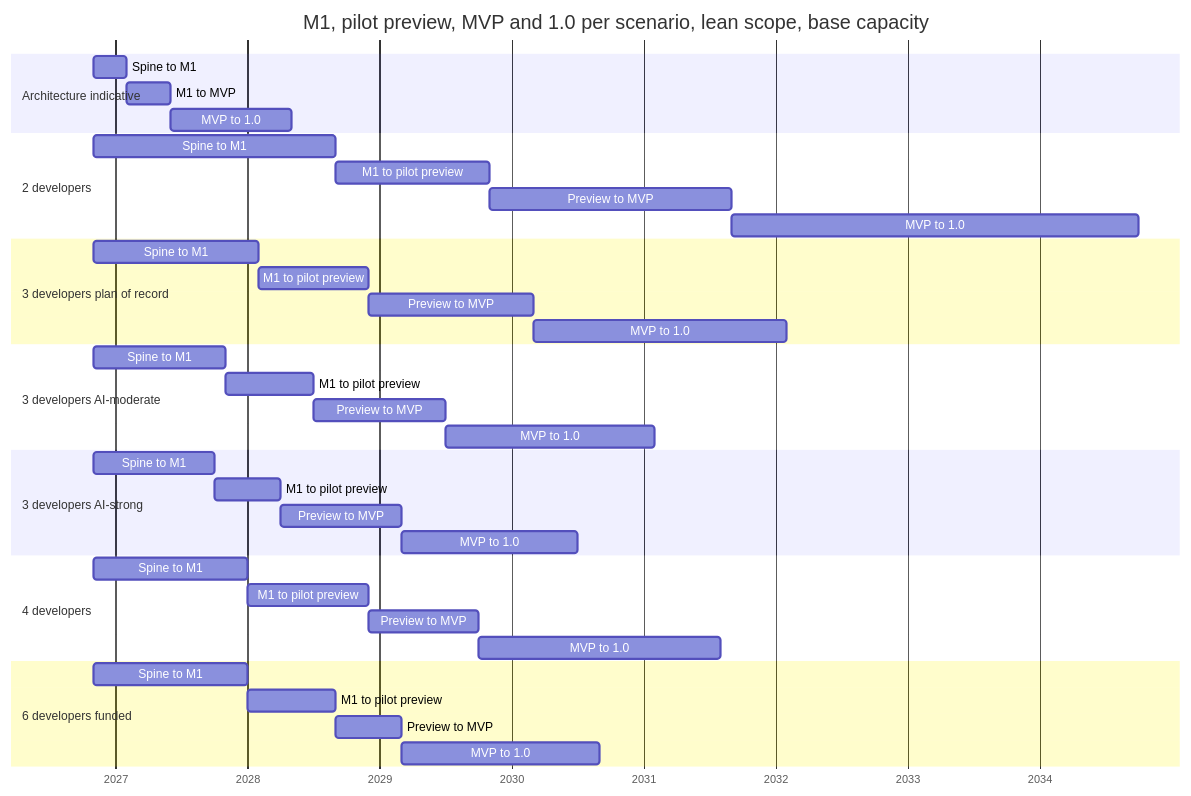
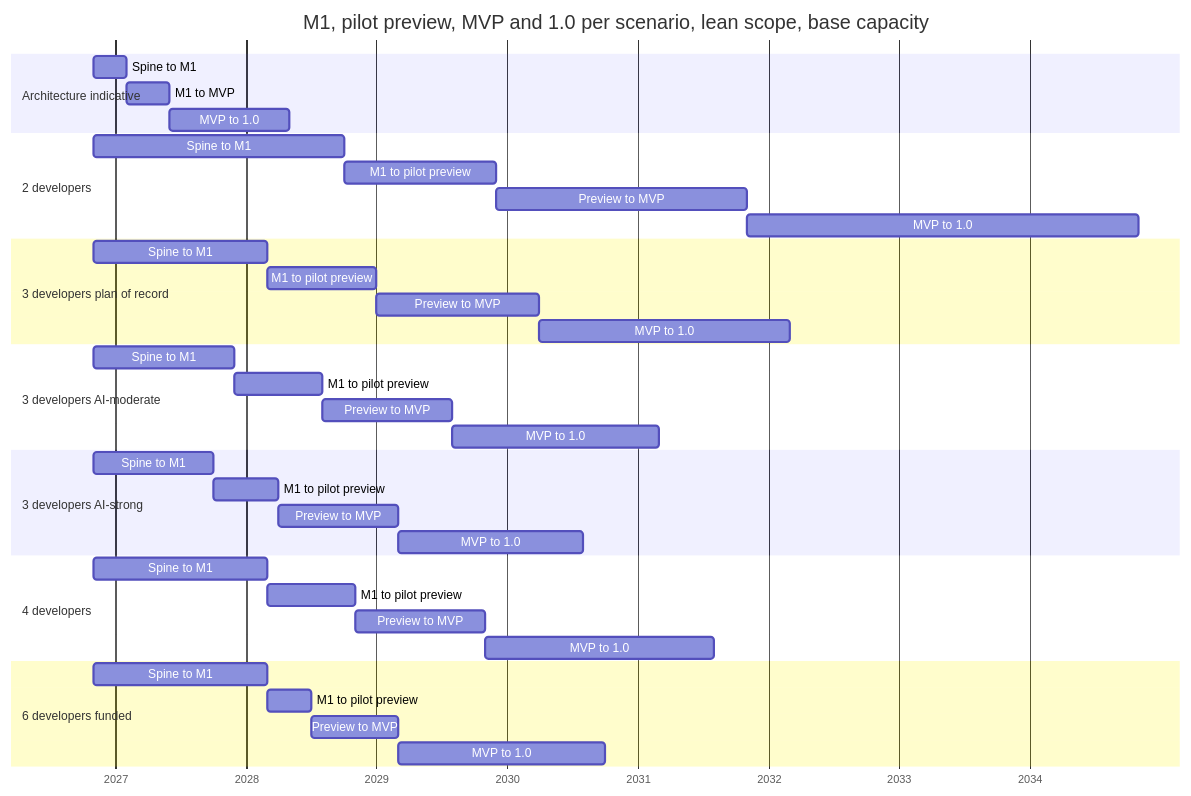
Before and after one commit to Ironkode787/ElektraWatt: the first of 3 diagrams in docs/plan/01-global-plan.md, drawn with Mermaid. The commit also changed other lines of this file and 26 other files, not shown here.

````diff
--- a/docs/plan/01-global-plan.md
+++ b/docs/plan/01-global-plan.md
@@ -326,40 +326,40 @@
 ```mermaid
 gantt
   title M1, pilot preview, MVP and 1.0 per scenario, lean scope, base capacity
   dateFormat YYYY-MM-DD
   axisFormat %Y
   section Architecture indicative
   Spine to M1         :i1, 2026-11-01, 2027-02-01
   M1 to MVP           :i2, 2027-02-01, 2027-06-01
   MVP to 1.0          :i3, 2027-06-01, 2028-05-01
   section 2 developers
-  Spine to M1         :s00, 2026-11-01, 2028-09-01
-  M1 to pilot preview :s01, 2028-09-01, 2029-11-01
-  Preview to MVP      :s02, 2029-11-01, 2031-09-01
-  MVP to 1.0          :s03, 2031-09-01, 2034-10-01
+  Spine to M1         :s00, 2026-11-01, 2028-10-01
+  M1 to pilot preview :s01, 2028-10-01, 2029-12-01
+  Preview to MVP      :s02, 2029-12-01, 2031-11-01
+  MVP to 1.0          :s03, 2031-11-01, 2034-11-01
   section 3 developers plan of record
-  Spine to M1         :s10, 2026-11-01, 2028-02-01
-  M1 to pilot preview :s11, 2028-02-01, 2028-12-01
-  Preview to MVP      :s12, 2028-12-01, 2030-03-01
-  MVP to 1.0          :s13, 2030-03-01, 2032-02-01
+  Spine to M1         :s10, 2026-11-01, 2028-03-01
+  M1 to pilot preview :s11, 2028-03-01, 2029-01-01
+  Preview to MVP      :s12, 2029-01-01, 2030-04-01
+  MVP to 1.0          :s13, 2030-04-01, 2032-03-01
   section 3 developers AI-moderate
-  Spine to M1         :s20, 2026-11-01, 2027-11-01
-  M1 to pilot preview :s21, 2027-11-01, 2028-07-01
-  Preview to MVP      :s22, 2028-07-01, 2029-07-01
-  MVP to 1.0          :s23, 2029-07-01, 2031-02-01
+  Spine to M1         :s20, 2026-11-01, 2027-12-01
+  M1 to pilot preview :s21, 2027-12-01, 2028-08-01
+  Preview to MVP      :s22, 2028-08-01, 2029-08-01
+  MVP to 1.0          :s23, 2029-08-01, 2031-03-01
   section 3 developers AI-strong
   Spine to M1         :s30, 2026-11-01, 2027-10-01
   M1 to pilot preview :s31, 2027-10-01, 2028-04-01
   Preview to MVP      :s32, 2028-04-01, 2029-03-01
-  MVP to 1.0          :s33, 2029-03-01, 2030-07-01
+  MVP to 1.0          :s33, 2029-03-01, 2030-08-01
   section 4 developers
-  Spine to M1         :s40, 2026-11-01, 2028-01-01
-  M1 to pilot preview :s41, 2028-01-01, 2028-12-01
-  Preview to MVP      :s42, 2028-12-01, 2029-10-01
-  MVP to 1.0          :s43, 2029-10-01, 2031-08-01
+  Spine to M1         :s40, 2026-11-01, 2028-03-01
+  M1 to pilot preview :s41, 2028-03-01, 2028-11-01
+  Preview to MVP      :s42, 2028-11-01, 2029-11-01
+  MVP to 1.0          :s43, 2029-11-01, 2031-08-01
   section 6 developers funded
-  Spine to M1         :s50, 2026-11-01, 2028-01-01
-  M1 to pilot preview :s51, 2028-01-01, 2028-09-01
-  Preview to MVP      :s52, 2028-09-01, 2029-03-01
-  MVP to 1.0          :s53, 2029-03-01, 2030-09-01
+  Spine to M1         :s50, 2026-11-01, 2028-03-01
+  M1 to pilot preview :s51, 2028-03-01, 2028-07-01
+  Preview to MVP      :s52, 2028-07-01, 2029-03-01
+  MVP to 1.0          :s53, 2029-03-01, 2030-10-01
 ```
````
